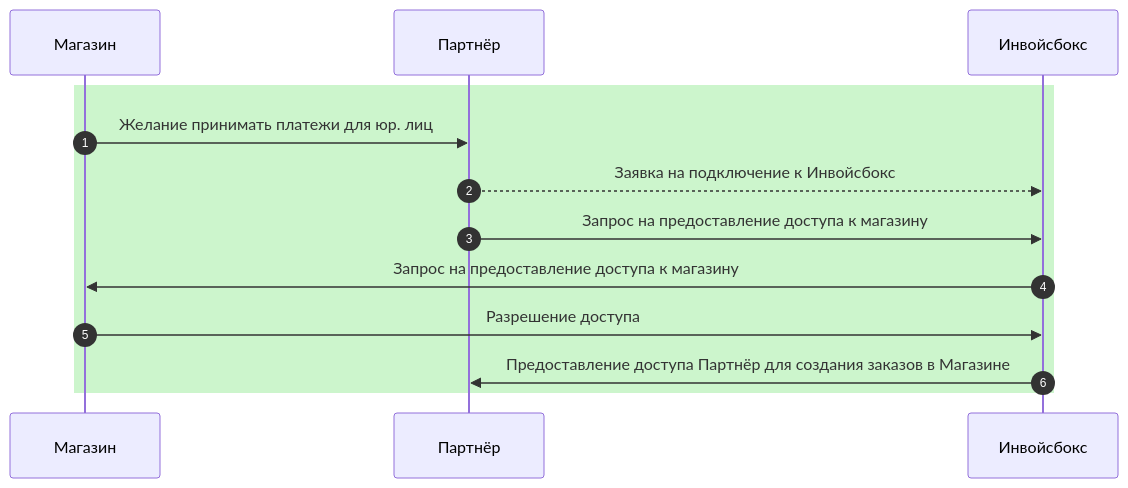
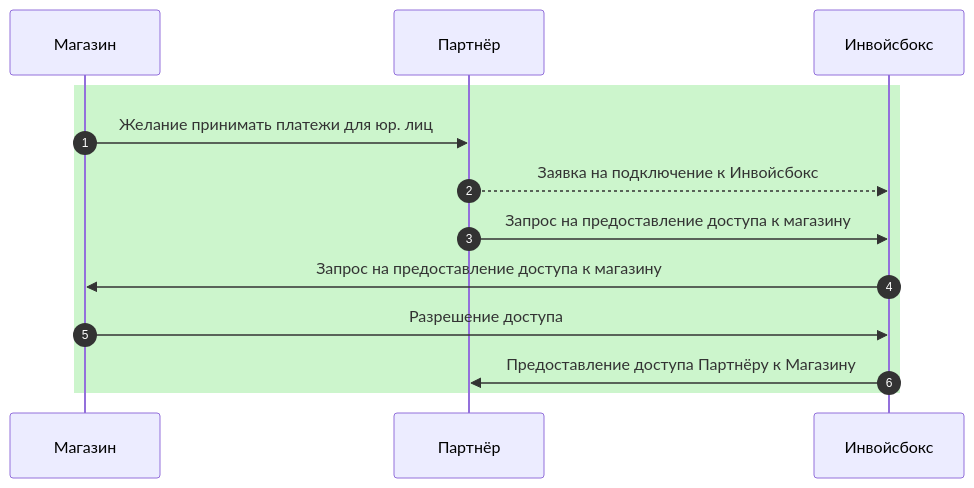
One commit to YIGRIKY/invoicebox-docs changed the diagram in docs/partner/payment-service-provider.md. Above: the diagram before and after it, drawn with Mermaid. The commit also changed other lines of this file, not shown here.

```diff
--- a/docs/partner/payment-service-provider.md
+++ b/docs/partner/payment-service-provider.md
@@ -20,15 +20,15 @@
 <div class="mermaid">
 sequenceDiagram
     autonumber
     participant Магазин
     participant Партнёр
     participant Инвойсбокс
     rect rgb(204, 245, 204)
         Магазин->>Партнёр: Желание принимать платежи для юр. лиц
         Партнёр-->>Инвойсбокс: Заявка на подключение к Инвойсбокс
         Партнёр->>Инвойсбокс: Запрос на предоставление доступа к магазину
         Инвойсбокс->>Магазин: Запрос на предоставление доступа к магазину
         Магазин->>Инвойсбокс: Разрешение доступа
-        Инвойсбокс->>Партнёр: Предоставление доступа Партнёр для создания заказов в Магазине
+        Инвойсбокс->>Партнёр: Предоставление доступа Партнёру к Магазину
     end
 </div>
```
